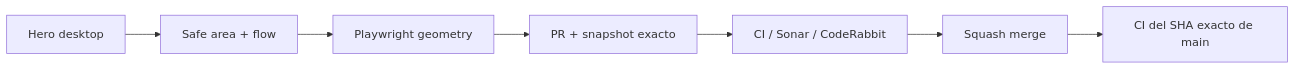
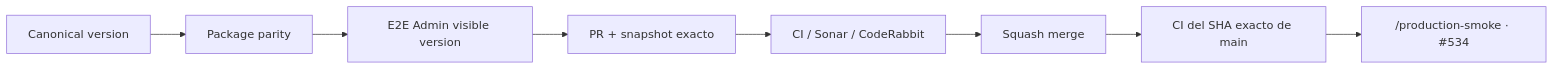
The diagram in README.md (pl0n3r/brvtal), drawn with Mermaid before and after one commit. The commit also changed other lines of this file and 7 other files, not shown here.

````diff
--- a/README.md
+++ b/README.md
@@ -46,9 +48,10 @@
 ```mermaid
 flowchart LR
- A["Hero desktop"] --> G["Safe area + flow"]
- G --> T["Playwright geometry"]
- T --> P["PR + snapshot exacto"]
- P --> Q["CI / Sonar / CodeRabbit"]
+ A["Canonical version"] --> P["Package parity"]
+ P --> E["E2E Admin visible version"]
+ E --> G["PR + snapshot exacto"]
+ G --> Q["CI / Sonar / CodeRabbit"]
  Q --> M["Squash merge"]
  M --> X["CI del SHA exacto de main"]
+ X --> S["/production-smoke · #534"]
 ```
````
